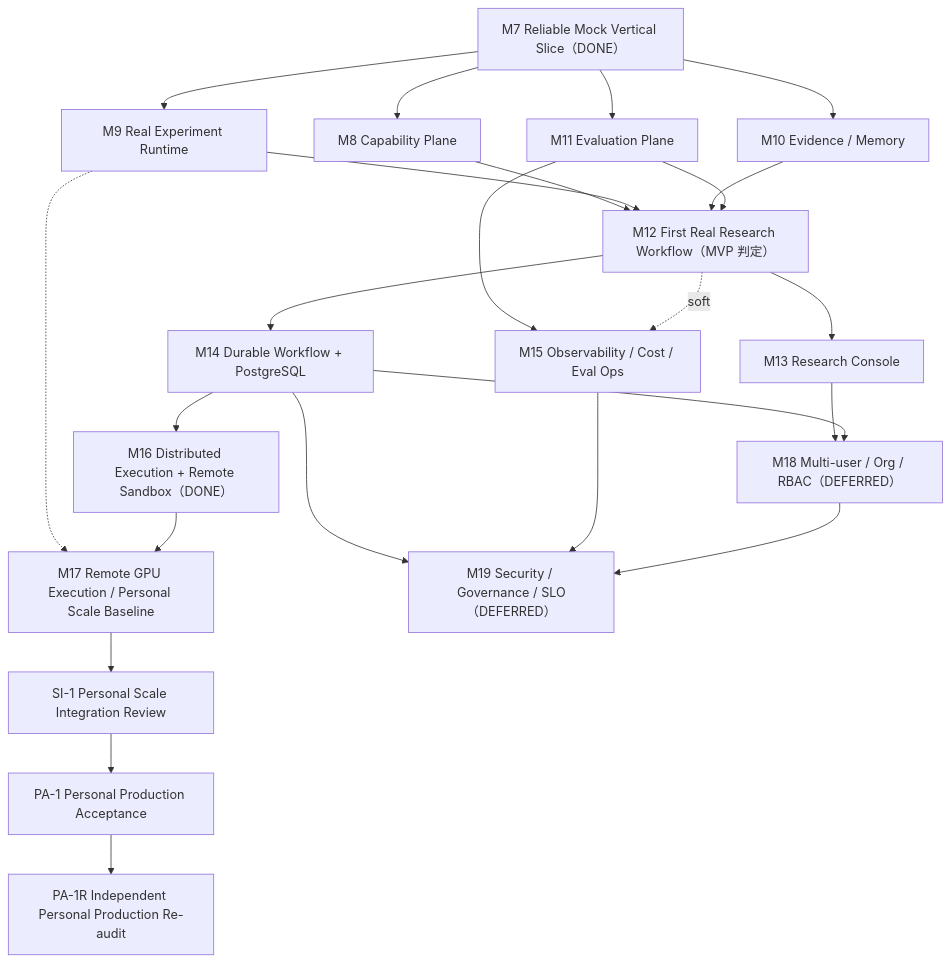
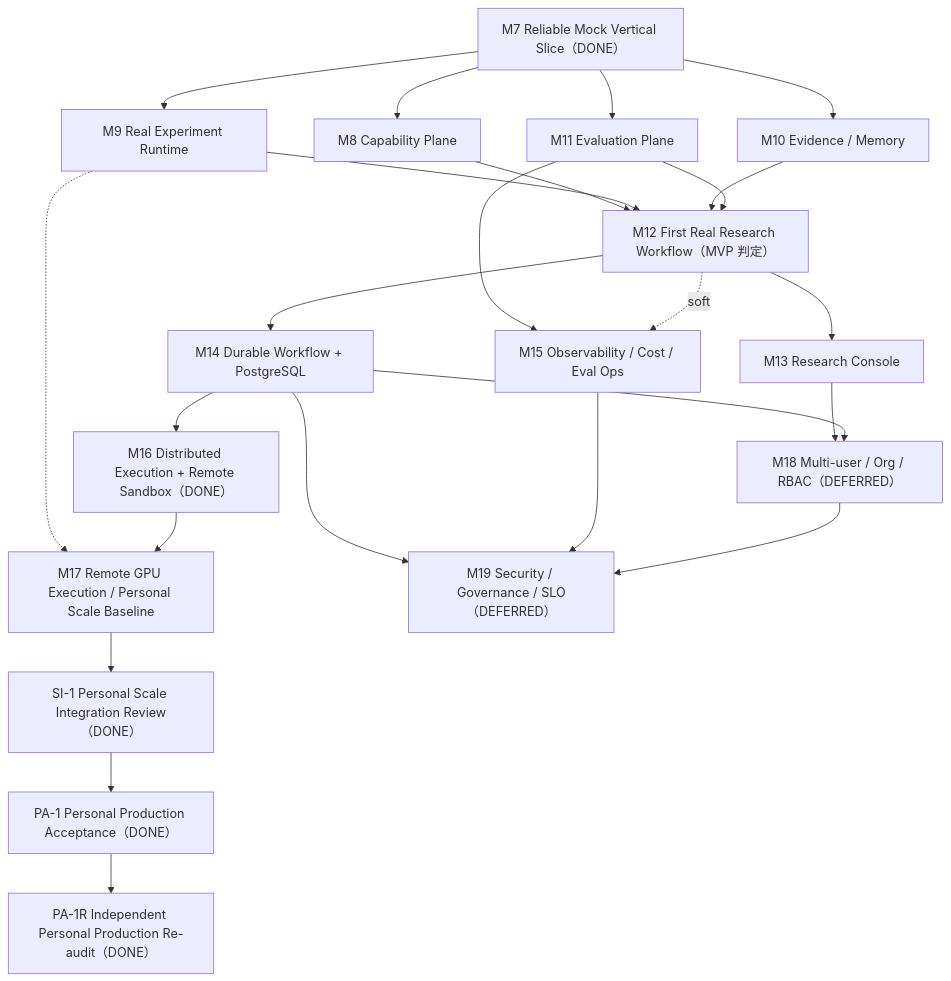
Before and after one commit to Eswink/research-system-new: the diagram in docs/roadmap/MILESTONES.md, drawn with Mermaid. The commit also changed other lines of this file and 4 other files, not shown here.

````diff
--- a/docs/roadmap/MILESTONES.md
+++ b/docs/roadmap/MILESTONES.md
@@ -124,26 +129,26 @@
 ```mermaid
 graph TD
     M7["M7 Reliable Mock Vertical Slice（DONE）"] --> M8["M8 Capability Plane"]
     M7 --> M9["M9 Real Experiment Runtime"]
     M7 --> M10["M10 Evidence / Memory"]
     M7 --> M11["M11 Evaluation Plane"]
     M8 --> M12["M12 First Real Research Workflow（MVP 判定）"]
     M9 --> M12
     M10 --> M12
     M11 --> M12
     M12 --> M13["M13 Research Console"]
     M12 --> M14["M14 Durable Workflow + PostgreSQL"]
     M11 --> M15["M15 Observability / Cost / Eval Ops"]
     M12 -. soft .-> M15
     M14 --> M16["M16 Distributed Execution + Remote Sandbox（DONE）"]
     M9 -.-> M17["M17 Remote GPU Execution / Personal Scale Baseline"]
     M16 --> M17
-    M17 --> SI1["SI-1 Personal Scale Integration Review"]
-    SI1 --> PA1["PA-1 Personal Production Acceptance"]
-    PA1 --> PA1R["PA-1R Independent Personal Production Re-audit"]
+    M17 --> SI1["SI-1 Personal Scale Integration Review（DONE）"]
+    SI1 --> PA1["PA-1 Personal Production Acceptance（DONE）"]
+    PA1 --> PA1R["PA-1R Independent Personal Production Re-audit（DONE）"]
     M13 --> M18["M18 Multi-user / Org / RBAC（DEFERRED）"]
     M14 --> M18
     M14 --> M19["M19 Security / Governance / SLO（DEFERRED）"]
     M15 --> M19
     M18 --> M19
 ```
````
